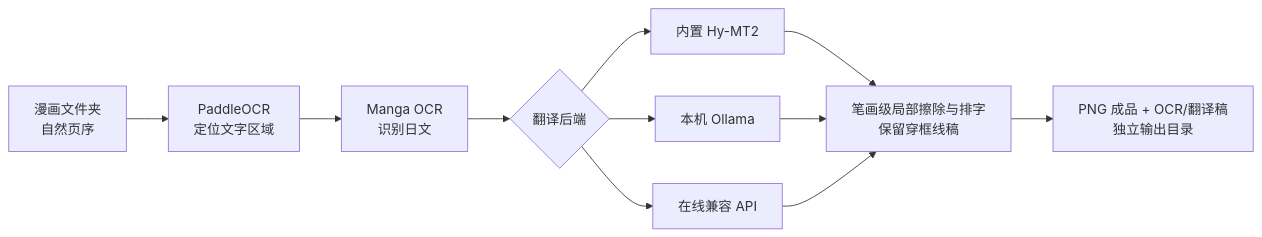
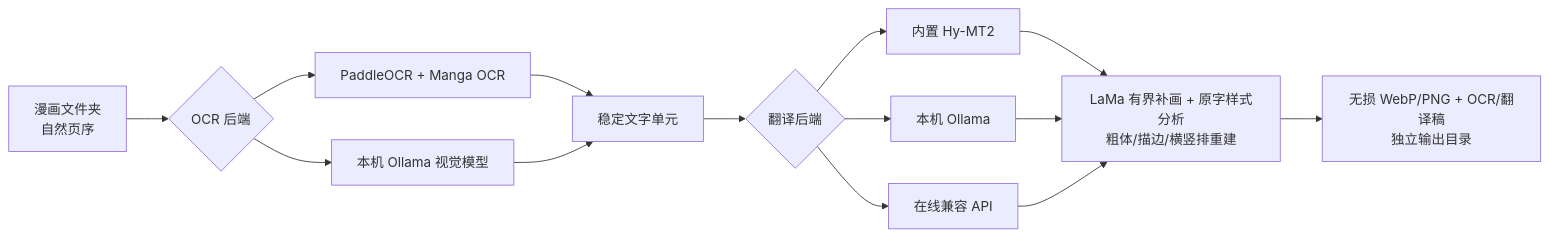
One commit to whmc76/manga-localizer-studio changed the diagram in README.md. Above: the diagram before and after it, drawn with Mermaid. The commit also changed other lines of this file and 29 other files, not shown here.

````diff
--- a/README.md
+++ b/README.md
@@ -77,14 +81,17 @@
 ```mermaid
 flowchart LR
-  A["漫画文件夹\n自然页序"] --> B["PaddleOCR\n定位文字区域"]
-  B --> C["Manga OCR\n识别日文"]
-  C --> D{"翻译后端"}
+  A["漫画文件夹\n自然页序"] --> B{"OCR 后端"}
+  B --> B1["PaddleOCR + Manga OCR"]
+  B --> B2["本机 Ollama 视觉模型"]
+  B1 --> C
+  B2 --> C
+  C["稳定文字单元"] --> D{"翻译后端"}
   D --> D1["内置 Hy-MT2"]
   D --> D2["本机 Ollama"]
   D --> D3["在线兼容 API"]
   D1 --> E
   D2 --> E
   D3 --> E
-  E["笔画级局部擦除与排字\n保留穿框线稿"]
-  E --> F["PNG 成品 + OCR/翻译稿\n独立输出目录"]
+  E["LaMa 有界补画 + 原字样式分析\n粗体/描边/横竖排重建"]
+  E --> F["无损 WebP/PNG + OCR/翻译稿\n独立输出目录"]
 ```
````
